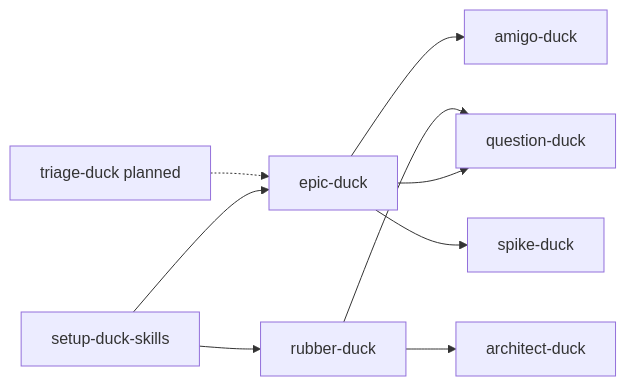
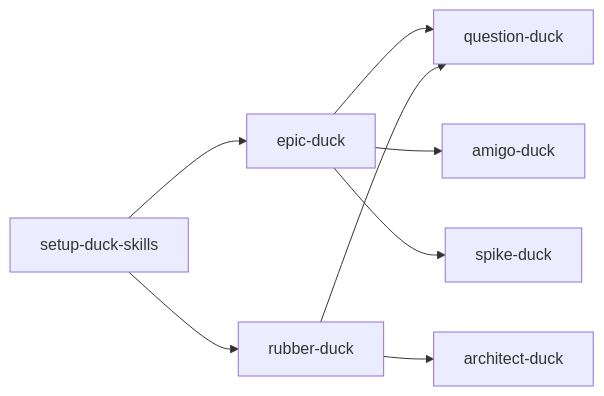
Before and after one commit to Pappa/duck-skills: the diagram in .backlog/spike/0003-skill-inventory-v2.1.md, drawn with Mermaid. The commit also changed other lines of this file and 13 other files, not shown here.

Commit message:
Cleanup triage-duck references

````diff
--- a/.backlog/spike/0003-skill-inventory-v2.1.md
+++ b/.backlog/spike/0003-skill-inventory-v2.1.md
@@ -162,20 +146,18 @@
 ```mermaid
 flowchart LR
   setup[setup-duck-skills]
   epic[epic-duck]
   rubber[rubber-duck]
   q[question-duck]
   arch[architect-duck]
   amigo[amigo-duck]
   spike[spike-duck]
-  triage[triage-duck planned]
 
   setup --> epic
   setup --> rubber
   epic --> q
   epic --> amigo
   epic --> spike
   rubber --> q
   rubber --> arch
-  triage -.-> epic
 ```
````
